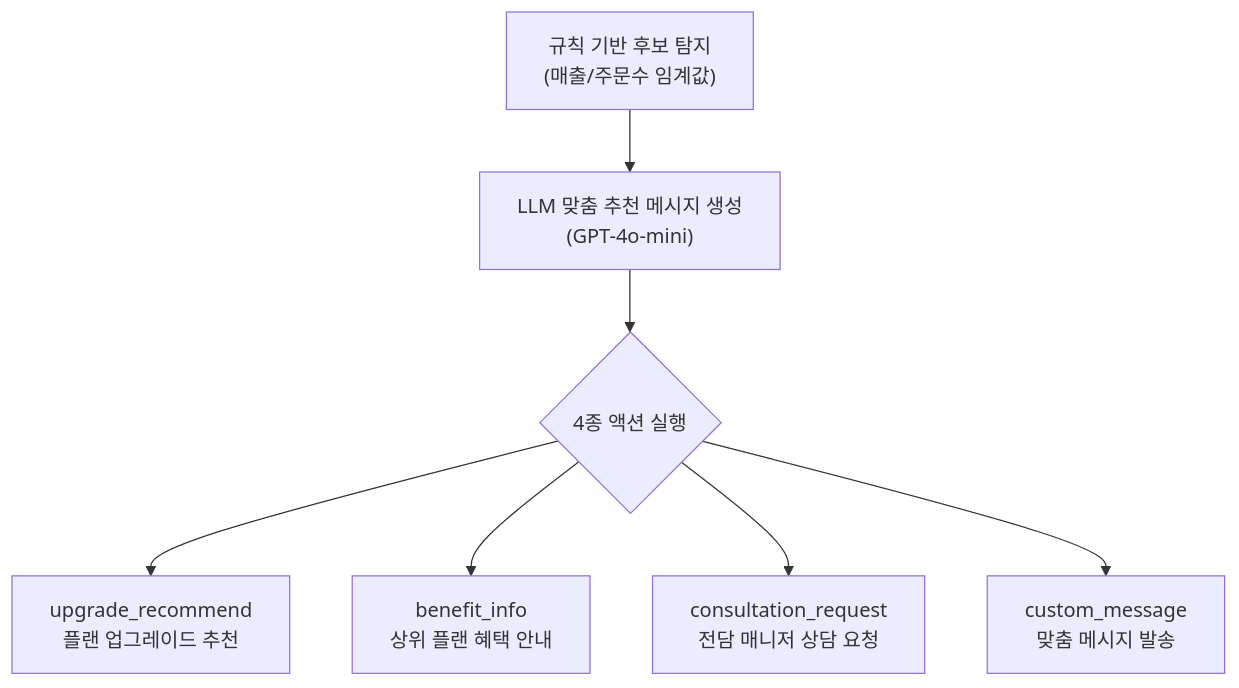
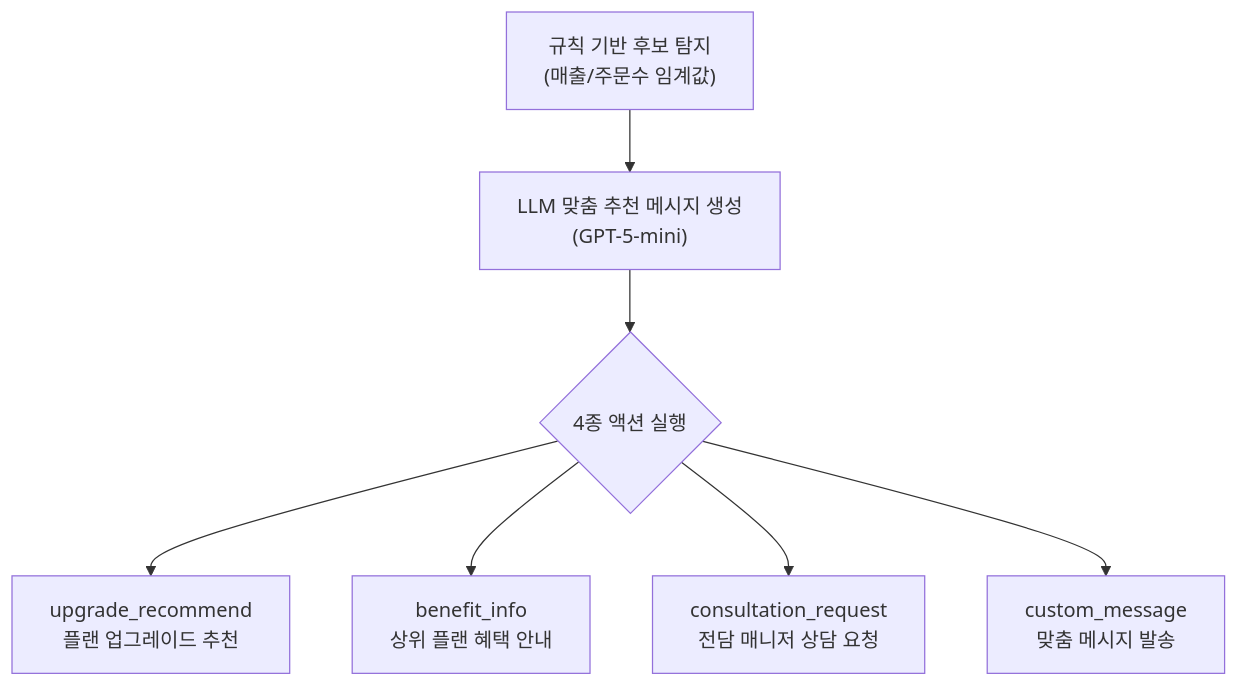
Before and after one commit to ASNGG/cafe24-demo: the sixth of 7 diagrams in README.md, drawn with Mermaid. The commit also changed other lines of this file and 25 other files, not shown here.

````diff
--- a/README.md
+++ b/README.md
@@ -467,16 +495,16 @@
 ```mermaid
 flowchart TD
     A["규칙 기반 후보 탐지<br/>(매출/주문수 임계값)"]
-    B["LLM 맞춤 추천 메시지 생성<br/>(GPT-4o-mini)"]
+    B["LLM 맞춤 추천 메시지 생성<br/>(GPT-5-mini)"]
     C{"4종 액션 실행"}
     D["upgrade_recommend<br/>플랜 업그레이드 추천"]
     E["benefit_info<br/>상위 플랜 혜택 안내"]
     F["consultation_request<br/>전담 매니저 상담 요청"]
     G["custom_message<br/>맞춤 메시지 발송"]
 
     A --> B --> C
     C --> D
     C --> E
     C --> F
     C --> G
 ```
````
